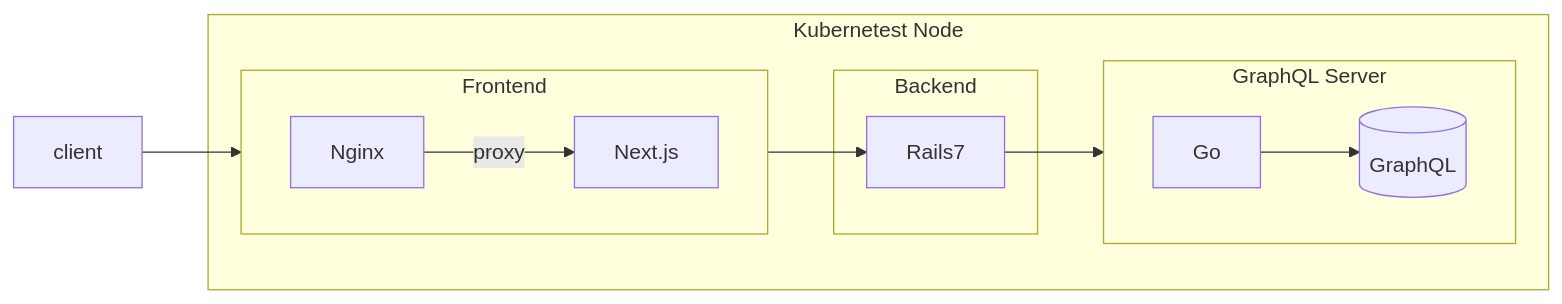
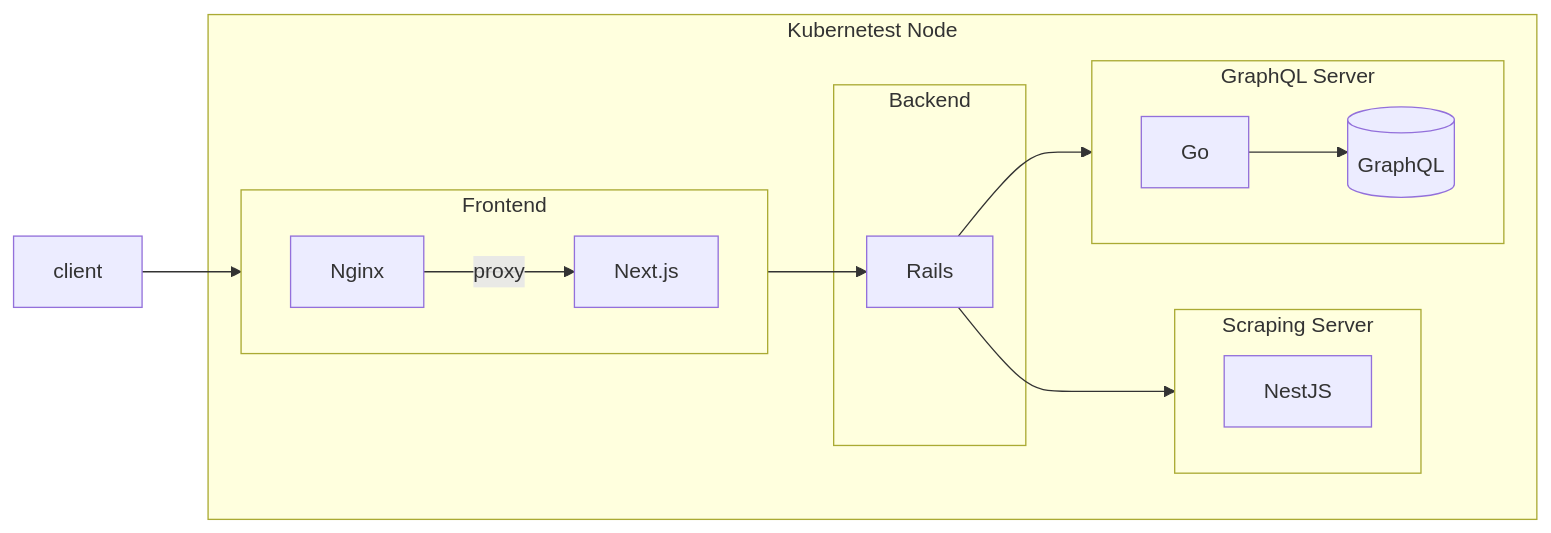
Before and after one commit to kuroweb/price-monitoring: the diagram in README.md, drawn with Mermaid.

Commit message:
docs: アーキテクチャを更新

````diff
--- a/README.md
+++ b/README.md
@@ -34,30 +34,38 @@
 ```mermaid
 flowchart LR
 subgraph Kubernetest Node
   subgraph Frontend
     direction LR
 
     Nginx
     Next.js
 
     Nginx--proxy-->Next.js
   end
 
   subgraph Backend
-    Rails7
+    Rails
+  end
+
+  subgraph Scraping Server
+    direction LR
+
+    NestJS
   end
 
   subgraph GraphQL Server
     direction LR
 
     Go
     GraphQL[(GraphQL)]
 
     Go-->GraphQL
   end
 
-  Next.js-->Rails7-->Go
+  Next.js-->Rails
+  Rails-->NestJS
+  Rails-->Go
 end
 
 client-->Nginx
 ```
````
